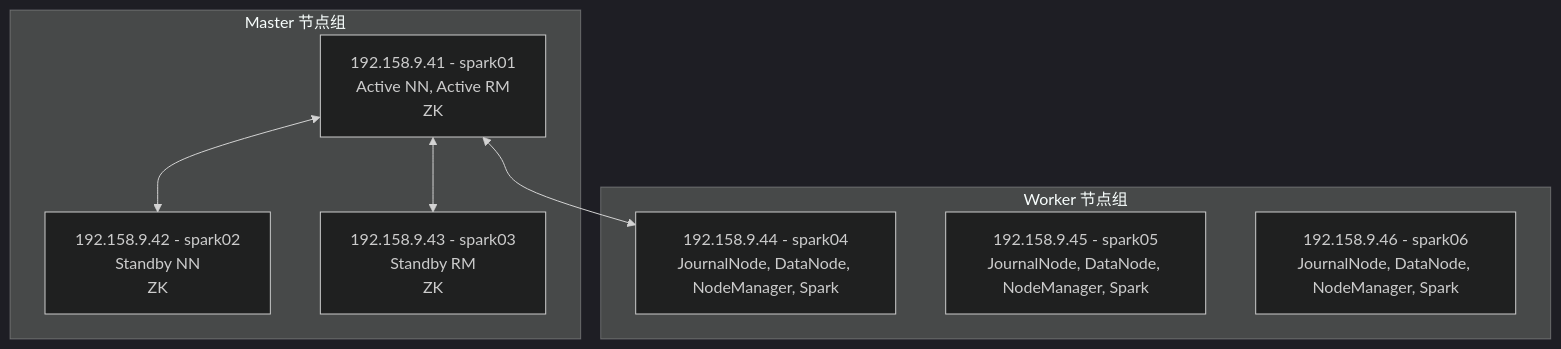
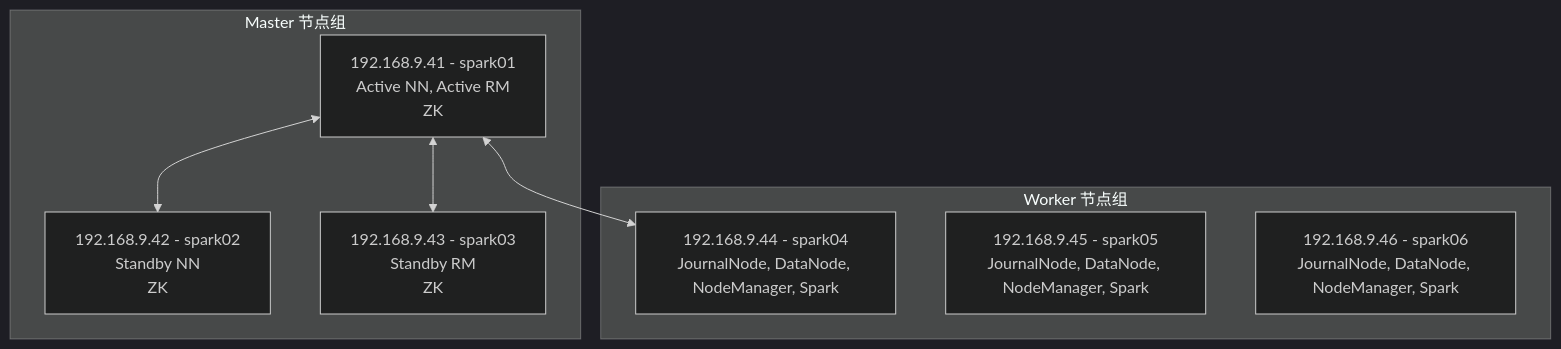
The diagram in Hadoop_Cluster_SOP.md (edenzh-gui/hadoop), drawn with Mermaid (dark theme) before and after one commit. The commit also changed other lines of this file, not shown here.

````diff
--- a/Hadoop_Cluster_SOP.md
+++ b/Hadoop_Cluster_SOP.md
@@ -9,18 +9,18 @@
 ```mermaid
 graph TD
     subgraph Master 节点组
-        S1[192.158.9.41 - spark01<br/>Active NN, Active RM<br/>ZK]
-        S2[192.158.9.42 - spark02<br/>Standby NN<br/>ZK]
-        S3[192.158.9.43 - spark03<br/>Standby RM<br/>ZK]
+        S1[192.168.9.41 - spark01<br/>Active NN, Active RM<br/>ZK]
+        S2[192.168.9.42 - spark02<br/>Standby NN<br/>ZK]
+        S3[192.168.9.43 - spark03<br/>Standby RM<br/>ZK]
     end
 
     subgraph Worker 节点组
-        S4[192.158.9.44 - spark04<br/>JournalNode, DataNode, NodeManager, Spark]
-        S5[192.158.9.45 - spark05<br/>JournalNode, DataNode, NodeManager, Spark]
-        S6[192.158.9.46 - spark06<br/>JournalNode, DataNode, NodeManager, Spark]
+        S4[192.168.9.44 - spark04<br/>JournalNode, DataNode, NodeManager, Spark]
+        S5[192.168.9.45 - spark05<br/>JournalNode, DataNode, NodeManager, Spark]
+        S6[192.168.9.46 - spark06<br/>JournalNode, DataNode, NodeManager, Spark]
     end
 
     S1 <--> S2
     S1 <--> S3
     S1 <--> S4
 ```
````
